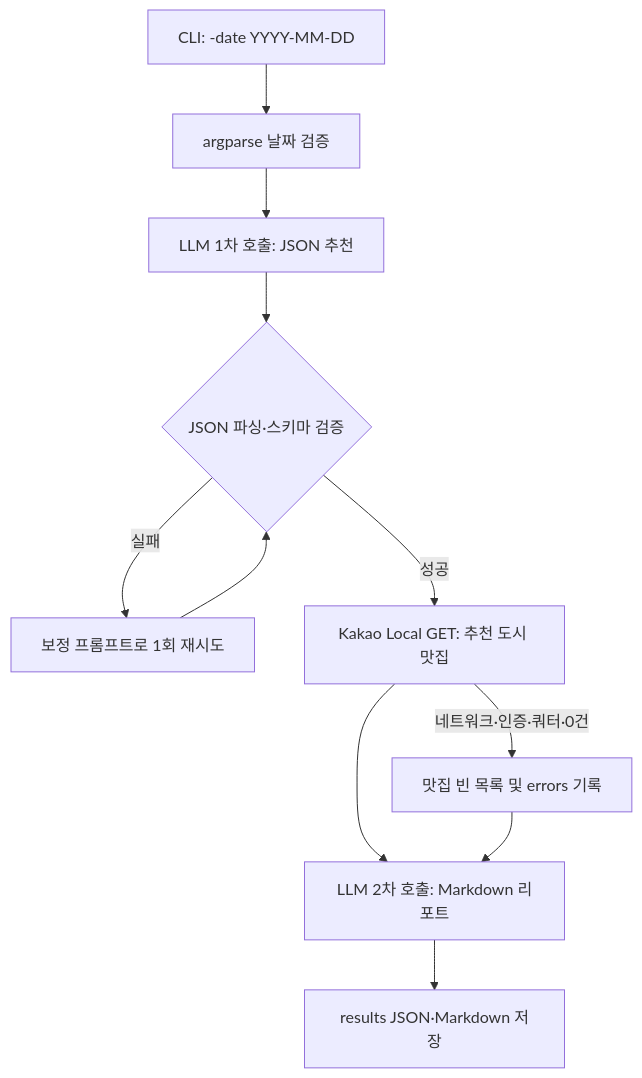
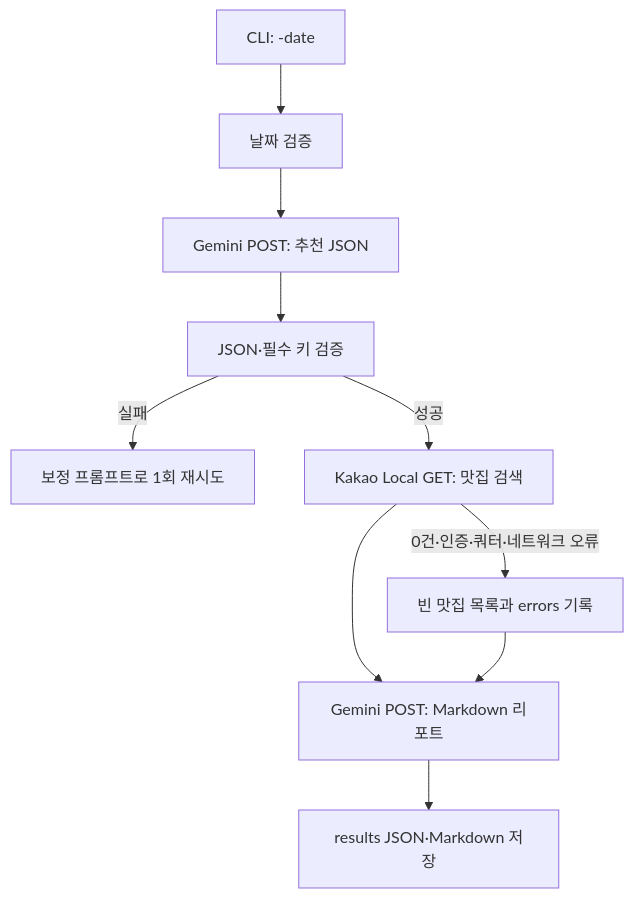
Before and after one commit to Starter-Python/Manus: the diagram in AI 활용 학습 A1-2/README.md, drawn with Mermaid. The commit also changed other lines of this file and 6 other files, not shown here.

````diff
--- a/AI 활용 학습 A1-2/README.md
+++ b/AI 활용 학습 A1-2/README.md
@@ -94,13 +66,12 @@
 ```mermaid
 flowchart TD
-    A[CLI: -date YYYY-MM-DD] --> B[argparse 날짜 검증]
-    B --> C[LLM 1차 호출: JSON 추천]
-    C --> D{JSON 파싱·스키마 검증}
+    A[CLI: -date] --> B[날짜 검증]
+    B --> C[Gemini POST: 추천 JSON]
+    C --> D[JSON·필수 키 검증]
     D -- 실패 --> E[보정 프롬프트로 1회 재시도]
-    E --> D
-    D -- 성공 --> F[Kakao Local GET: 추천 도시 맛집]
-    F --> G[LLM 2차 호출: Markdown 리포트]
+    D -- 성공 --> F[Kakao Local GET: 맛집 검색]
+    F --> G[Gemini POST: Markdown 리포트]
     G --> H[results JSON·Markdown 저장]
-    F -- 네트워크·인증·쿼터·0건 --> I[맛집 빈 목록 및 errors 기록]
+    F -- 0건·인증·쿼터·네트워크 오류 --> I[빈 맛집 목록과 errors 기록]
     I --> G
 ```
````
